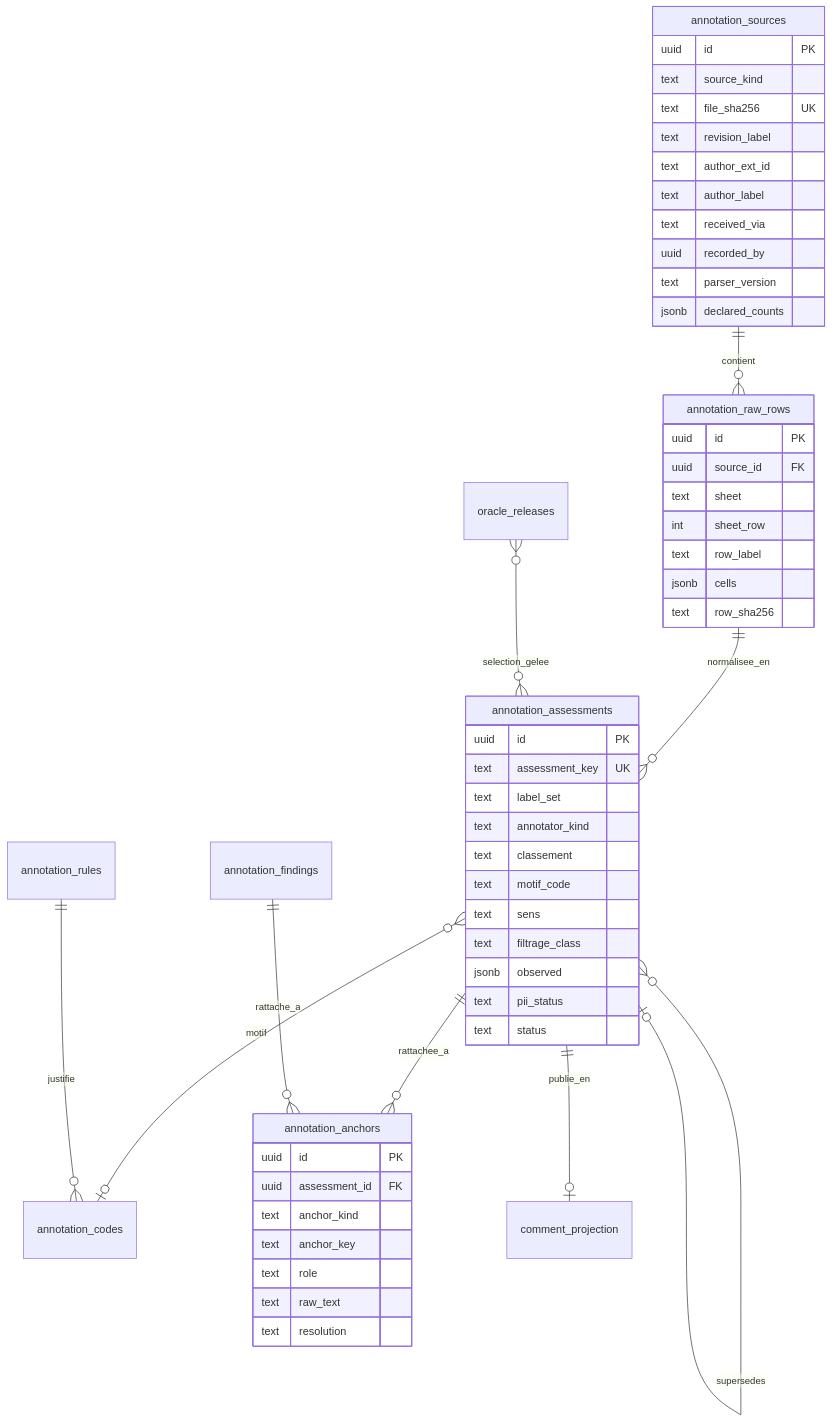
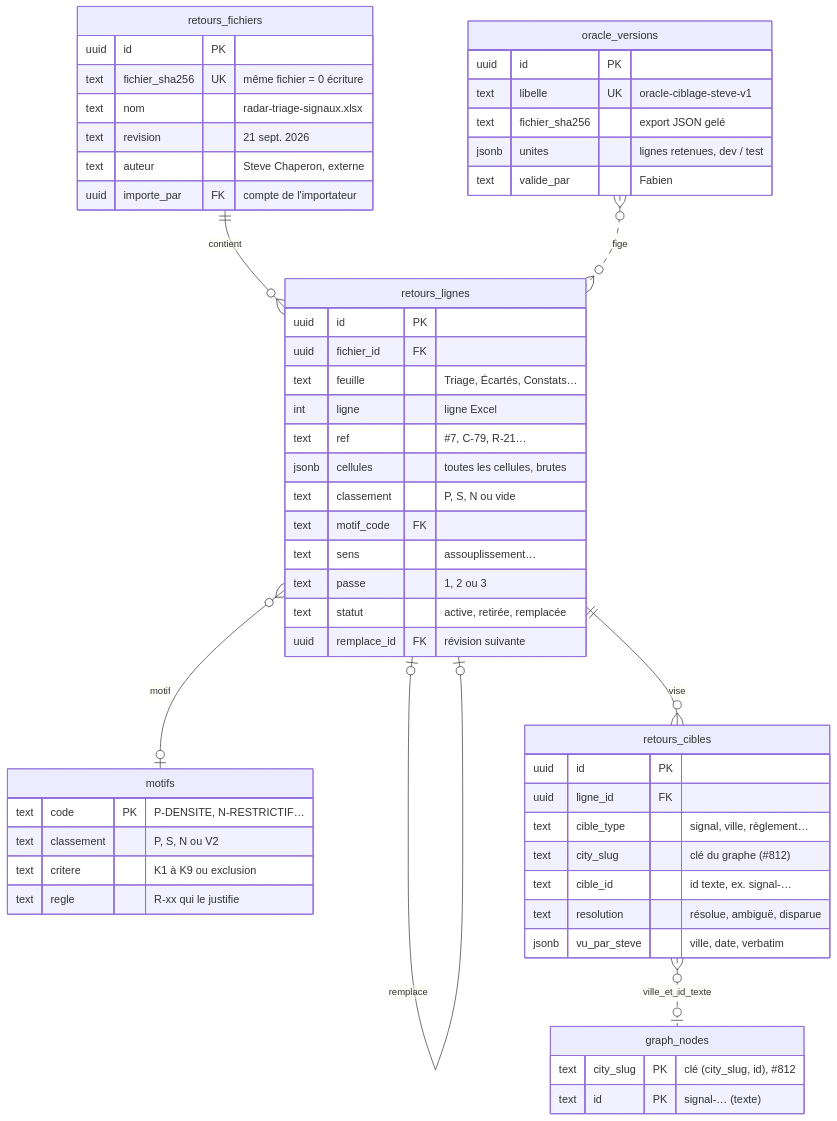
The second of 19 diagrams in docs/spec/reports/dossier-retours-steve/DOSSIER_DECISION_RETOURS_STEVE_2026-10-03.md (rhanka/radar-immobilier), drawn with Mermaid before and after one commit. The commit also changed other lines of this file and 38 other files, not shown here.

````diff
--- a/docs/spec/reports/dossier-retours-steve/DOSSIER_DECISION_RETOURS_STEVE_2026-10-03.md
+++ b/docs/spec/reports/dossier-retours-steve/DOSSIER_DECISION_RETOURS_STEVE_2026-10-03.md
@@ -524,55 +538,57 @@
 ```mermaid
 erDiagram
-    annotation_sources ||--o{ annotation_raw_rows : contient
-    annotation_raw_rows ||--o{ annotation_assessments : normalisee_en
-    annotation_assessments }o--o| annotation_codes : motif
-    annotation_rules ||--o{ annotation_codes : justifie
-    annotation_assessments ||--o{ annotation_anchors : rattachee_a
-    annotation_findings ||--o{ annotation_anchors : rattache_a
-    annotation_assessments }o--o| annotation_assessments : supersedes
-    annotation_assessments ||--o| comment_projection : publie_en
-    oracle_releases }o--o{ annotation_assessments : selection_gelee
-    annotation_sources {
+    retours_fichiers ||--o{ retours_lignes : contient
+    retours_lignes }o--o| motifs : motif
+    retours_lignes |o--o| retours_lignes : remplace
+    retours_lignes ||--o{ retours_cibles : vise
+    retours_cibles }o..o| graph_nodes : ville_et_id_texte
+    oracle_versions }o..o{ retours_lignes : fige
+    retours_fichiers {
       uuid id PK
-      text source_kind
-      text file_sha256 UK
-      text revision_label
-      text author_ext_id
-      text author_label
-      text received_via
-      uuid recorded_by
-      text parser_version
-      jsonb declared_counts
+      text fichier_sha256 UK "même fichier = 0 écriture"
+      text nom "radar-triage-signaux.xlsx"
+      text revision "21 sept. 2026"
+      text auteur "Steve Chaperon, externe"
+      uuid importe_par FK "compte de l'importateur"
     }
-    annotation_raw_rows {
+    retours_lignes {
       uuid id PK
-      uuid source_id FK
-      text sheet
-      int sheet_row
-      text row_label
-      jsonb cells
-      text row_sha256
+      uuid fichier_id FK
+      text feuille "Triage, Écartés, Constats…"
+      int ligne "ligne Excel"
+      text ref "#7, C-79, R-21…"
+      jsonb cellules "toutes les cellules, brutes"
+      text classement "P, S, N ou vide"
+      text motif_code FK
+      text sens "assouplissement…"
+      text passe "1, 2 ou 3"
+      text statut "active, retirée, remplacée"
+      uuid remplace_id FK "révision suivante"
     }
-    annotation_assessments {
+    motifs {
+      text code PK "P-DENSITE, N-RESTRICTIF…"
+      text classement "P, S, N ou V2"
+      text critere "K1 à K9 ou exclusion"
+      text regle "R-xx qui le justifie"
+    }
+    oracle_versions {
       uuid id PK
-      text assessment_key UK
-      text label_set
-      text annotator_kind
-      text classement
-      text motif_code
-      text sens
-      text filtrage_class
-      jsonb observed
-      text pii_status
-      text status
+      text libelle UK "oracle-ciblage-steve-v1"
+      text fichier_sha256 "export JSON gelé"
+      jsonb unites "lignes retenues, dev / test"
+      text valide_par "Fabien"
     }
-    annotation_anchors {
+    retours_cibles {
       uuid id PK
-      uuid assessment_id FK
-      text anchor_kind
-      text anchor_key
-      text role
-      text raw_text
-      text resolution
+      uuid ligne_id FK
+      text cible_type "signal, ville, règlement…"
+      text city_slug "clé du graphe (#812)"
+      text cible_id "id texte, ex. signal-…"
+      text resolution "résolue, ambiguë, disparue"
+      jsonb vu_par_steve "ville, date, verbatim"
+    }
+    graph_nodes {
+      text city_slug PK "clé (city_slug, id), #812"
+      text id PK "signal-… (texte)"
     }
 ```
````
